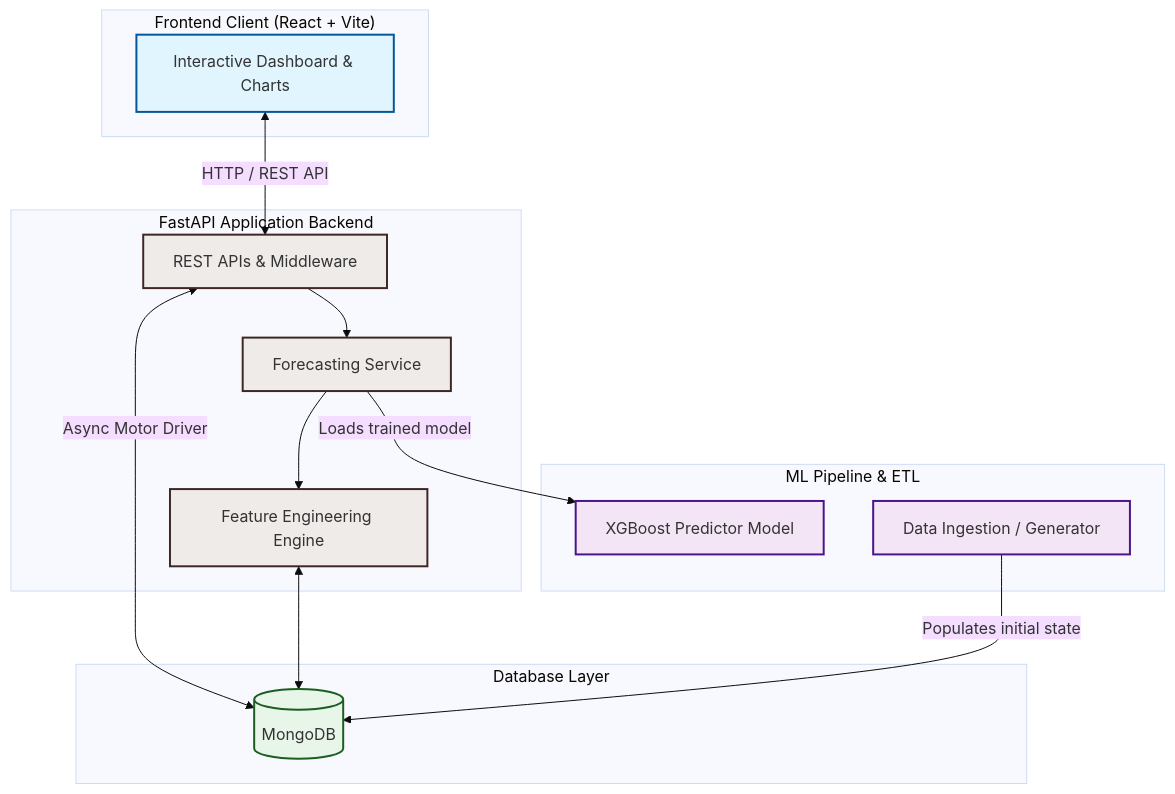
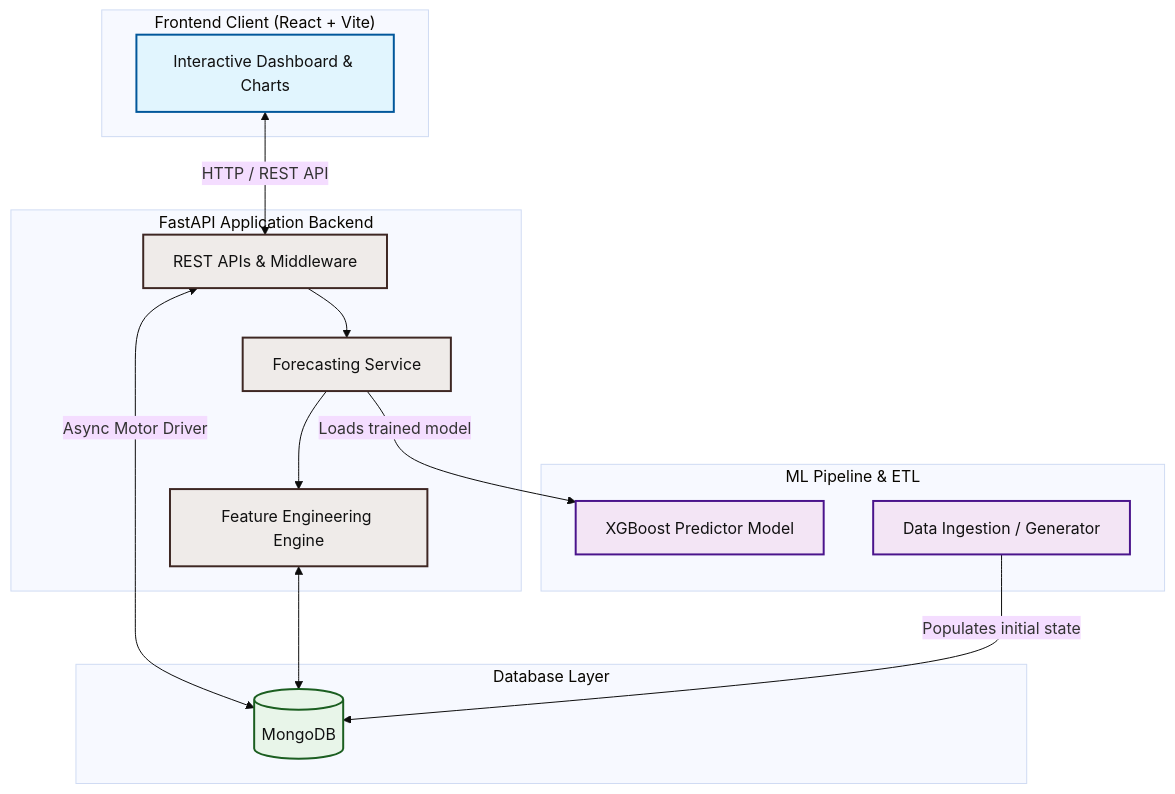
One commit to alok-9898/FarmPriceNepal changed the diagram in README.md. Above: the diagram before and after it, drawn with Mermaid (base theme).

Commit message:
style: fix mermaid node text contrast in README

````diff
--- a/README.md
+++ b/README.md
@@ -11,34 +11,34 @@
 ```mermaid
 graph TD
-    classDef client fill:#e1f5fe,stroke:#01579b,stroke-width:2px;
-    classDef server fill:#efebe9,stroke:#3e2723,stroke-width:2px;
-    classDef db fill:#e8f5e9,stroke:#1b5e20,stroke-width:2px;
-    classDef ml fill:#f3e5f5,stroke:#4a148c,stroke-width:2px;
+    classDef client fill:#e1f5fe,stroke:#01579b,stroke-width:2px,color:#111;
+    classDef server fill:#efebe9,stroke:#3e2723,stroke-width:2px,color:#111;
+    classDef db fill:#e8f5e9,stroke:#1b5e20,stroke-width:2px,color:#111;
+    classDef ml fill:#f3e5f5,stroke:#4a148c,stroke-width:2px,color:#111;
 
     subgraph Client ["Frontend Client (React + Vite)"]
         A[Interactive Dashboard & Charts]:::client
     end
 
     subgraph AppServer ["FastAPI Application Backend"]
         B[REST APIs & Middleware]:::server
         C[Forecasting Service]:::server
         D[Feature Engineering Engine]:::server
     end
 
     subgraph Storage ["Database Layer"]
         E[(MongoDB)]:::db
     end
 
     subgraph MLPipeline ["ML Pipeline & ETL"]
         F[XGBoost Predictor Model]:::ml
         G[Data Ingestion / Generator]:::ml
     end
 
     A <-->|HTTP / REST API| B
     B <-->|Async Motor Driver| E
     B --> C
     C --> D
     D <--> E
     C -->|Loads trained model| F
     G -->|Populates initial state| E
 ```
````
